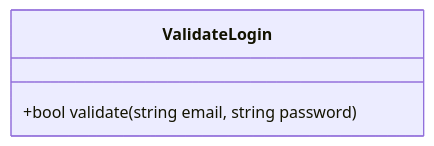
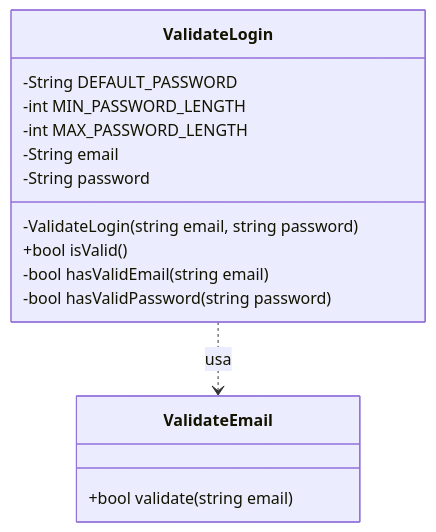
Before and after one commit to RenatoGarciaLopes/JavaIradoNoTxt: the diagram in ValidateLogin/validate-login-class.uml.mermaid, drawn with Mermaid.

Commit message:
docs: uml de classe para validação de login

```diff
--- a/ValidateLogin/validate-login-class.uml.mermaid
+++ b/ValidateLogin/validate-login-class.uml.mermaid
@@ -1,2 +1,18 @@
 classDiagram
-    ValidateLogin : +bool validate(string email, string password)
+    class ValidateLogin {
+        -String DEFAULT_PASSWORD
+        -int MIN_PASSWORD_LENGTH
+        -int MAX_PASSWORD_LENGTH
+        -String email
+        -String password
+        -ValidateLogin(string email, string password)
+        +bool isValid()
+        -bool hasValidEmail(string email)
+        -bool hasValidPassword(string password)
+    }
+
+    class ValidateEmail {
+        +bool validate(string email)
+    }
+
+    ValidateLogin ..> ValidateEmail : usa
```
